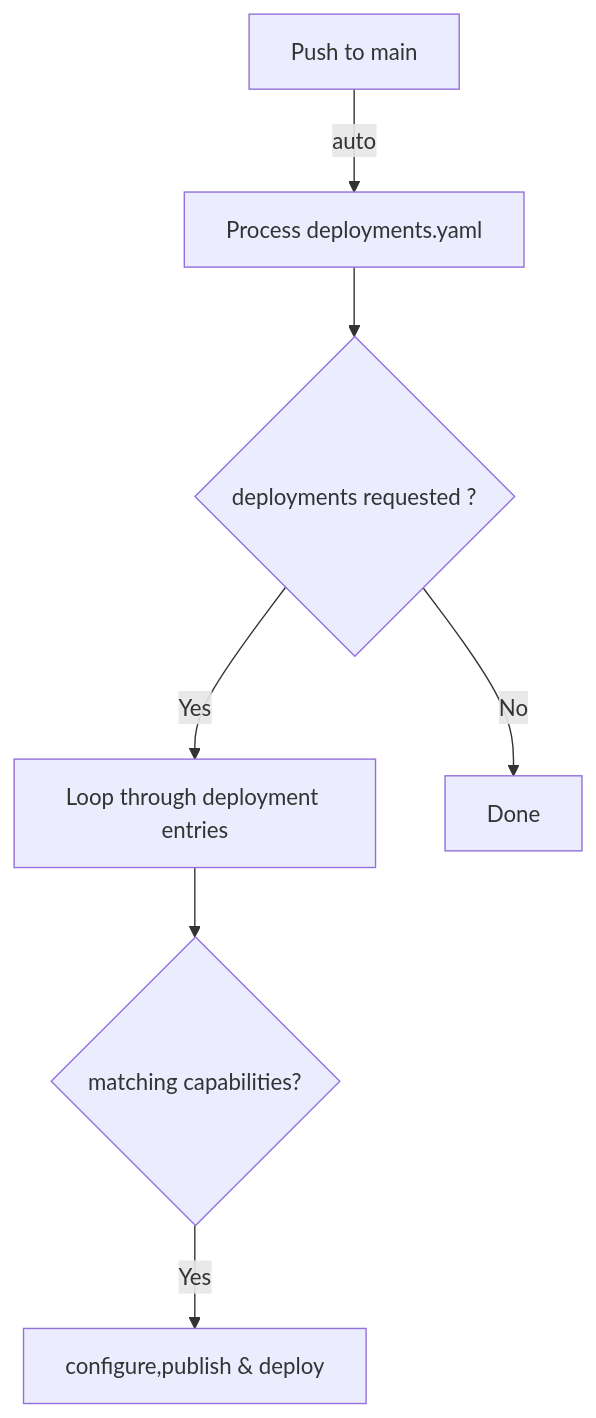
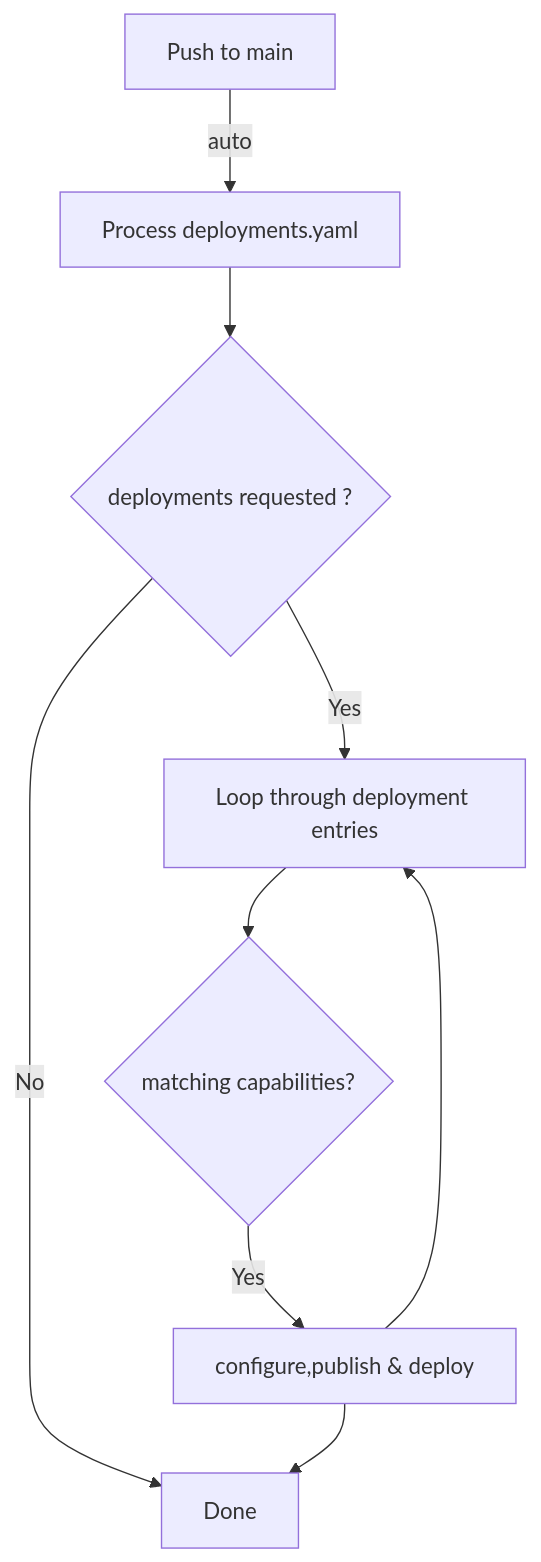
The third of 7 diagrams in README.md (wo-ghawfs/wo-temp), drawn with Mermaid before and after one commit. The commit also changed other lines of this file, not shown here.

````diff
--- a/README.md
+++ b/README.md
@@ -235,9 +236,11 @@
 ```mermaid
 graph TD
     A[ Push to main] --> | auto | B[Process deployments.yaml]
     B --> C{deployments requested ?}
     C --> |Yes| D[Loop through deployment entries]
     C --> |No| H[Done]
     D --> F{matching capabilities?}
     F --> |Yes| G[configure,publish & deploy]
+    G --> H
+    G --> D
 ```
````
